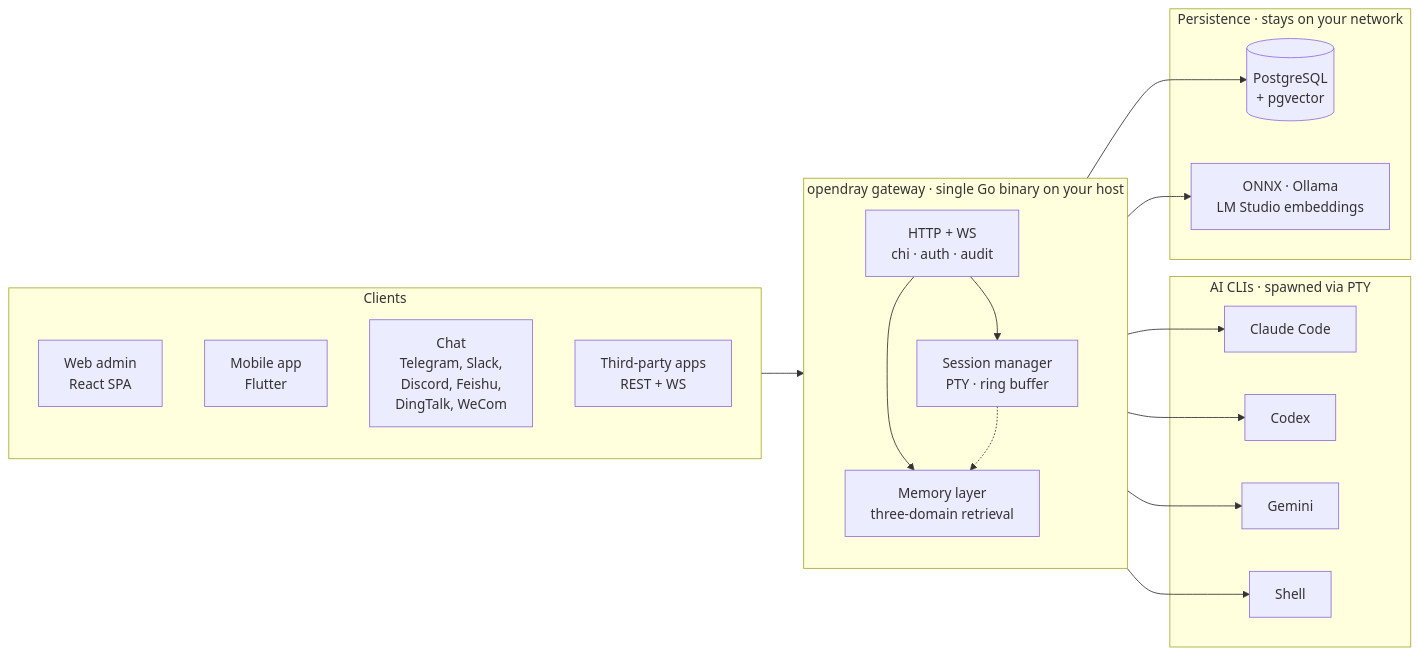
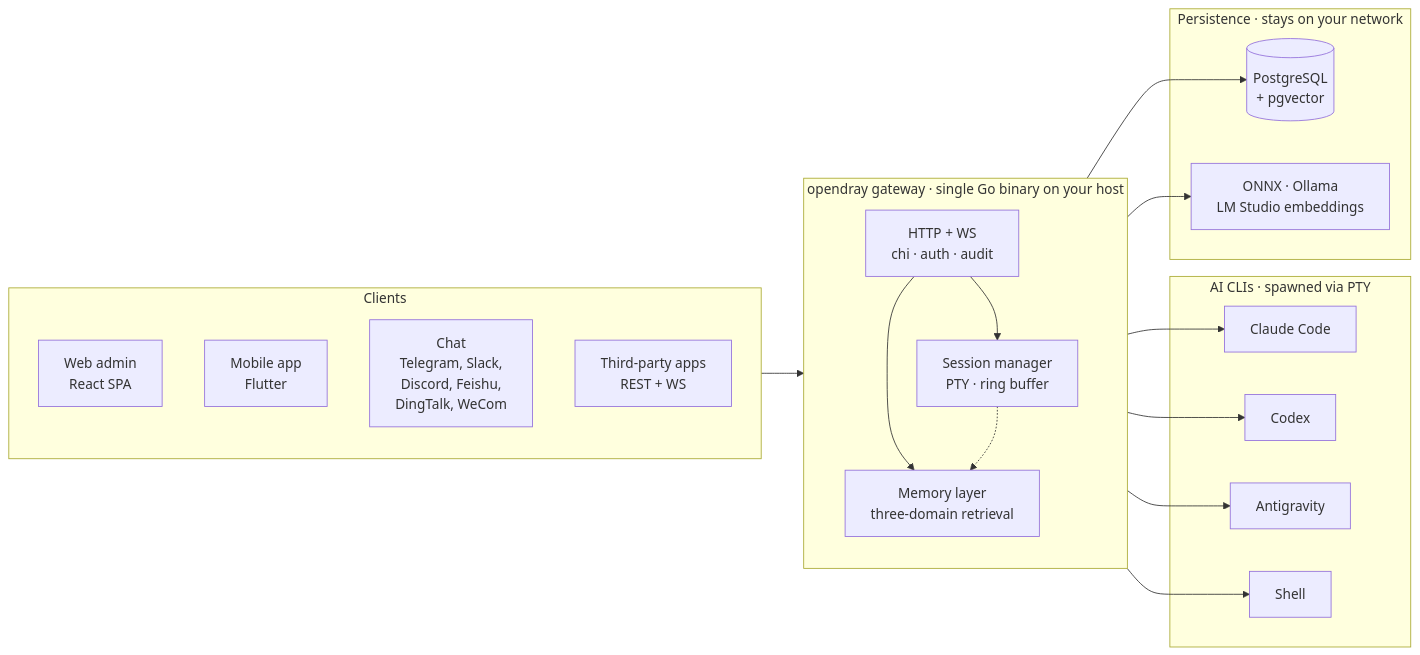
One commit to Opendray/opendray changed the diagram in README.de.md. Above: the diagram before and after it, drawn with Mermaid. The commit also changed other lines of this file and 113 other files, not shown here.

````diff
--- a/README.de.md
+++ b/README.de.md
@@ -63,39 +63,39 @@
 ```mermaid
 flowchart LR
     subgraph clients [Clients]
         web[Web admin<br/>React SPA]
         mob[Mobile app<br/>Flutter]
         chat[Chat<br/>Telegram, Slack,<br/>Discord, Feishu,<br/>DingTalk, WeCom]
         api[Third-party apps<br/>REST + WS]
     end
 
     subgraph gw [opendray gateway · single Go binary on your host]
         direction TB
         http[HTTP + WS<br/>chi · auth · audit]
         sess[Session manager<br/>PTY · ring buffer]
         mem[Memory layer<br/>three-domain retrieval]
     end
 
     subgraph cli [AI CLIs · spawned via PTY]
         cc[Claude Code]
         co[Codex]
-        ge[Gemini]
+        ag[Antigravity]
         sh[Shell]
     end
 
     subgraph data [Persistence · stays on your network]
         pg[(PostgreSQL<br/>+ pgvector)]
         em[ONNX · Ollama<br/>LM Studio embeddings]
     end
 
     clients --> http
     http --> sess
     http --> mem
     sess --> cc
     sess --> co
-    sess --> ge
+    sess --> ag
     sess --> sh
     sess -.-> mem
     mem --> pg
     mem --> em
 ```
````
